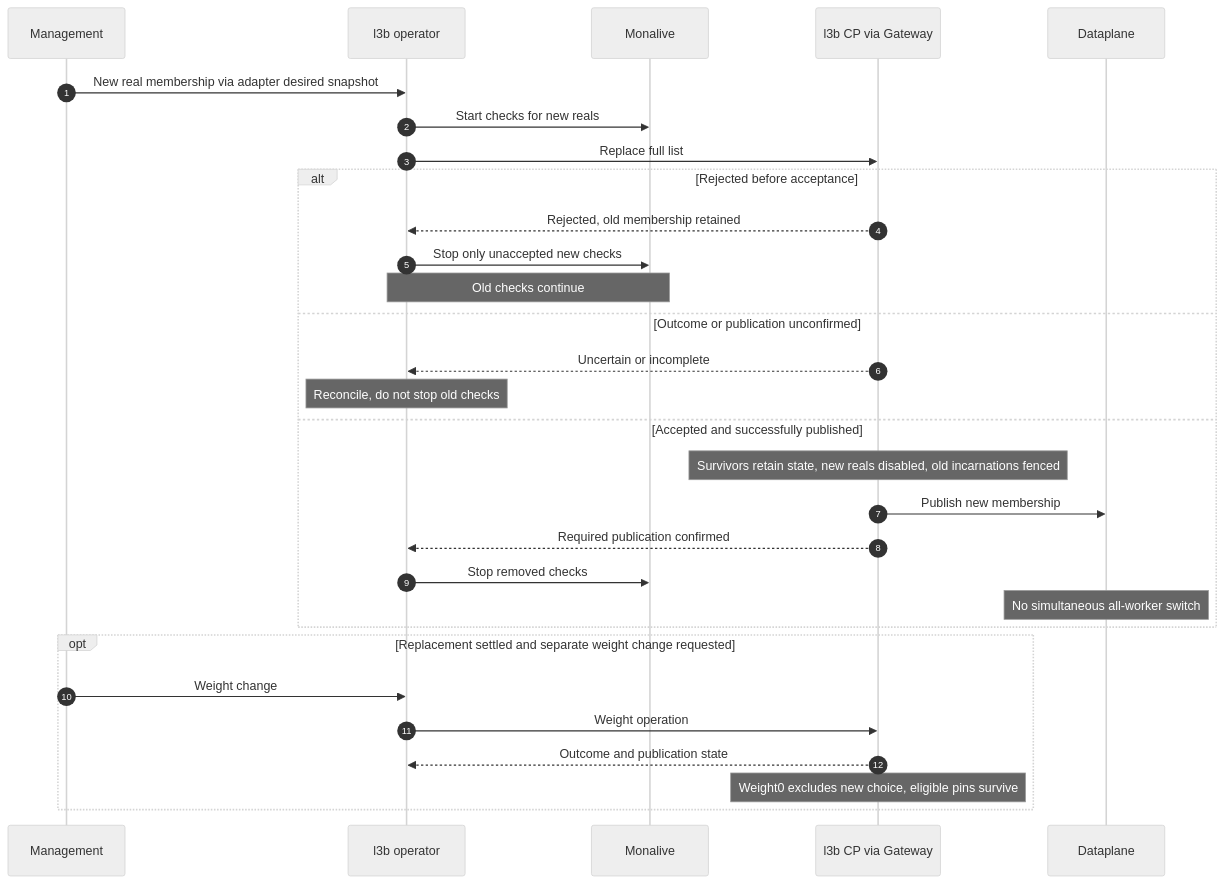
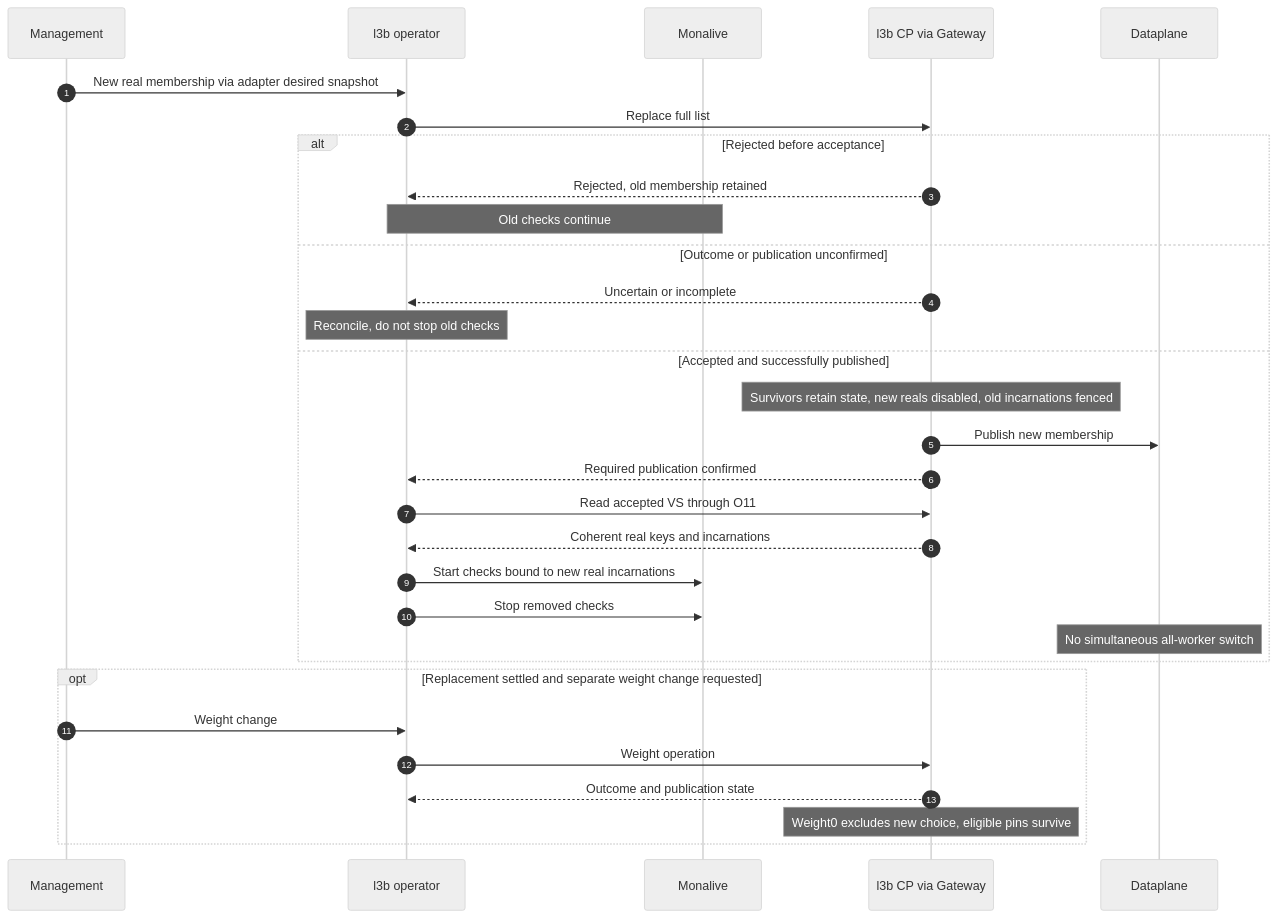
Before and after one commit to yanet-platform/yanet2: the fourth of 6 diagrams in docs/l3b-operator-overview.md, drawn with Mermaid (neutral theme). The commit also changed other lines of this file and 3 other files, not shown here.

````diff
--- a/docs/l3b-operator-overview.md
+++ b/docs/l3b-operator-overview.md
@@ -415,32 +425,33 @@
 ```mermaid
 sequenceDiagram
     autonumber
     participant M as Management
     participant O as l3b operator
     participant H as Monalive
     participant C as l3b CP via Gateway
     participant W as Dataplane
     M->>O: New real membership via adapter desired snapshot
-    O->>H: Start checks for new reals
     O->>C: Replace full list
     alt Rejected before acceptance
         C-->>O: Rejected, old membership retained
-        O->>H: Stop only unaccepted new checks
         Note over O,H: Old checks continue
     else Outcome or publication unconfirmed
         C-->>O: Uncertain or incomplete
         Note over O: Reconcile, do not stop old checks
     else Accepted and successfully published
         Note over C: Survivors retain state, new reals disabled, old incarnations fenced
         C->>W: Publish new membership
         C-->>O: Required publication confirmed
+        O->>C: Read accepted VS through O11
+        C-->>O: Coherent real keys and incarnations
+        O->>H: Start checks bound to new real incarnations
         O->>H: Stop removed checks
         Note over W: No simultaneous all-worker switch
     end
     opt Replacement settled and separate weight change requested
         M->>O: Weight change
         O->>C: Weight operation
         C-->>O: Outcome and publication state
         Note over C: Weight0 excludes new choice, eligible pins survive
     end
 ```
````
